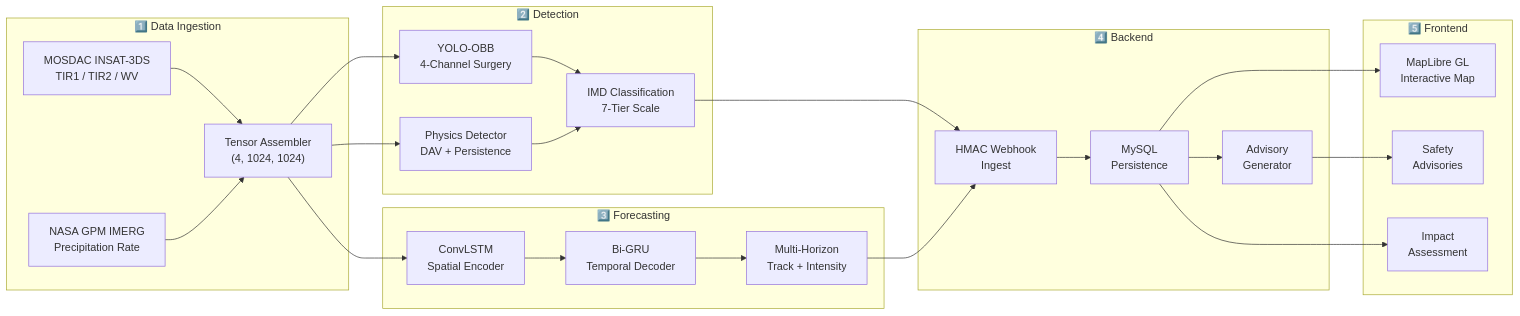
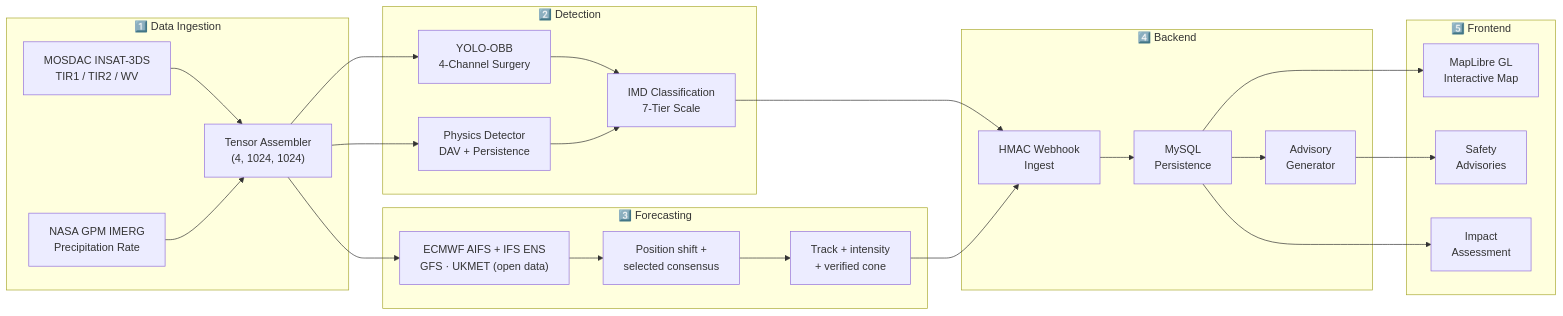
The third of 14 diagrams in README.md (itstaruns27/cyclo-nexus), drawn with Mermaid before and after one commit. The commit also changed other lines of this file and 40 other files, not shown here.

First line of the commit message:
Phase 1: AI consensus track + intensity forecast (ECMWF AIFS + IFS ensemble, GFS ...), verified on unseen 2025-26 storms and wired live

````diff
--- a/README.md
+++ b/README.md
@@ -285,49 +286,49 @@
 ```mermaid
 flowchart LR
     subgraph "1️⃣ Data Ingestion"
         A1["MOSDAC INSAT-3DS<br/>TIR1 / TIR2 / WV"]
         A2["NASA GPM IMERG<br/>Precipitation Rate"]
         A3["Tensor Assembler<br/>(4, 1024, 1024)"]
     end
 
     subgraph "2️⃣ Detection"
         B1["YOLO-OBB<br/>4-Channel Surgery"]
         B2["Physics Detector<br/>DAV + Persistence"]
         B3["IMD Classification<br/>7-Tier Scale"]
     end
 
     subgraph "3️⃣ Forecasting"
-        C1["ConvLSTM<br/>Spatial Encoder"]
-        C2["Bi-GRU<br/>Temporal Decoder"]
-        C3["Multi-Horizon<br/>Track + Intensity"]
+        C1["ECMWF AIFS + IFS ENS<br/>GFS · UKMET (open data)"]
+        C2["Position shift +<br/>selected consensus"]
+        C3["Track + intensity<br/>+ verified cone"]
     end
 
     subgraph "4️⃣ Backend"
         D1["HMAC Webhook<br/>Ingest"]
         D2["MySQL<br/>Persistence"]
         D3["Advisory<br/>Generator"]
     end
 
     subgraph "5️⃣ Frontend"
         E1["MapLibre GL<br/>Interactive Map"]
         E2["Safety<br/>Advisories"]
         E3["Impact<br/>Assessment"]
     end
 
     A1 --> A3
     A2 --> A3
     A3 --> B1
     A3 --> B2
     B1 --> B3
     B2 --> B3
     A3 --> C1
     C1 --> C2
     C2 --> C3
     B3 --> D1
     C3 --> D1
     D1 --> D2
     D2 --> D3
     D2 --> E1
     D3 --> E2
     D2 --> E3
 ```
````
